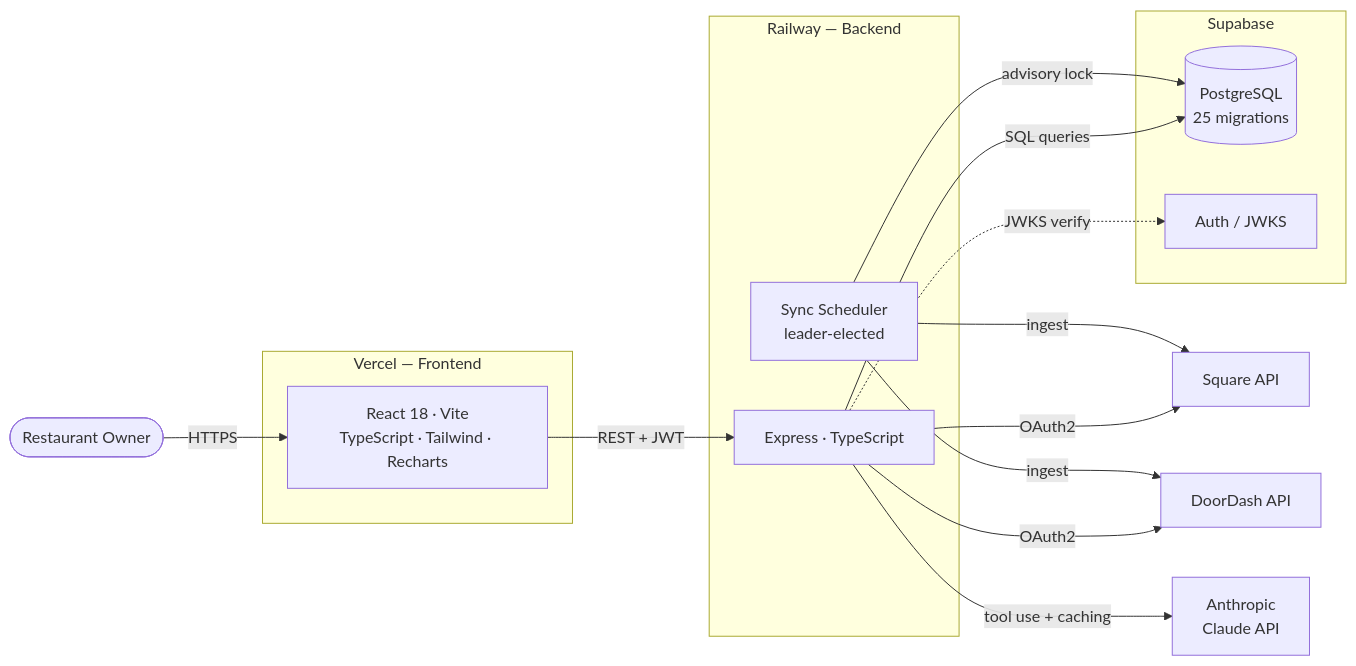
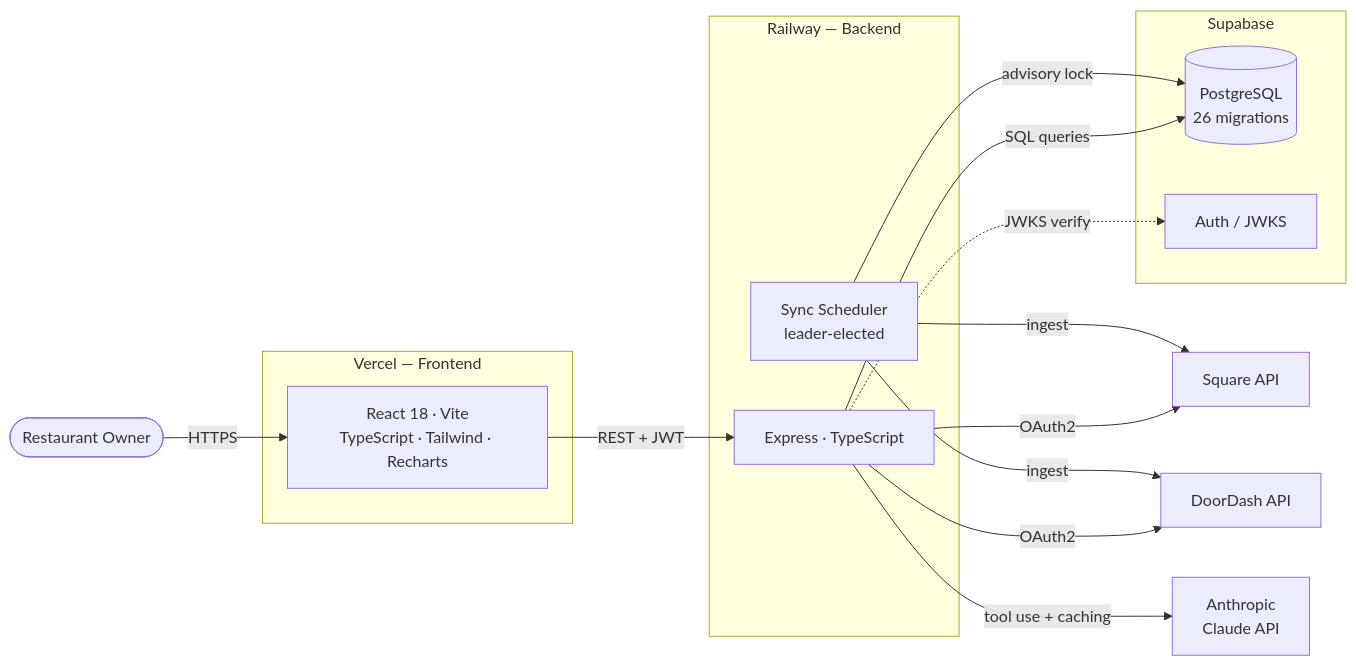
The first of 3 diagrams in README.md (dy1an-nt/RestaurantIq), drawn with Mermaid before and after one commit. The commit also changed other lines of this file and 10 other files, not shown here.

````diff
--- a/README.md
+++ b/README.md
@@ -40,33 +66,33 @@
 ```mermaid
 graph LR
     User(["Restaurant Owner"])
 
     subgraph Vercel["Vercel — Frontend"]
         React["React 18 · Vite\nTypeScript · Tailwind · Recharts"]
     end
 
     subgraph Railway["Railway — Backend"]
         Express["Express · TypeScript"]
         Scheduler["Sync Scheduler\nleader-elected"]
     end
 
     subgraph Supabase["Supabase"]
-        Postgres[("PostgreSQL\n25 migrations")]
+        Postgres[("PostgreSQL\n26 migrations")]
         Auth["Auth / JWKS"]
     end
 
     Square["Square API"]
     DoorDash["DoorDash API"]
     Claude["Anthropic\nClaude API"]
 
     User -->|HTTPS| React
     React -->|"REST + JWT"| Express
     Express -.->|"JWKS verify"| Auth
     Express -->|"SQL queries"| Postgres
     Express -->|OAuth2| Square
     Express -->|OAuth2| DoorDash
     Express -->|"tool use + caching"| Claude
     Scheduler -->|"advisory lock"| Postgres
     Scheduler -->|ingest| Square
     Scheduler -->|ingest| DoorDash
 ```
````
